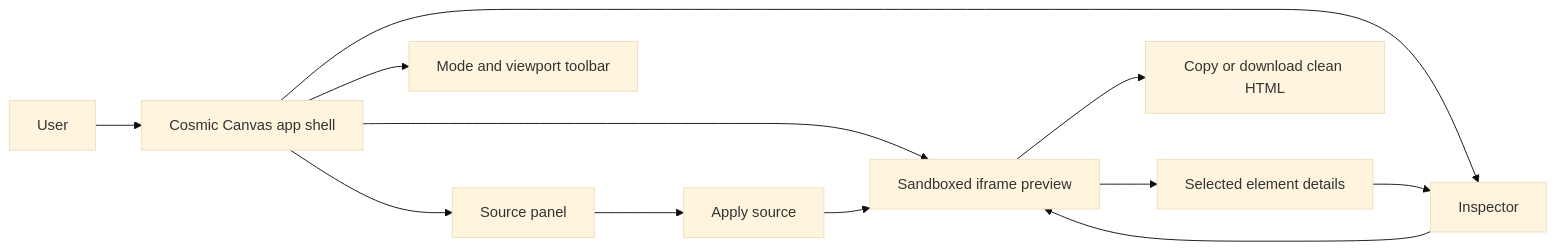
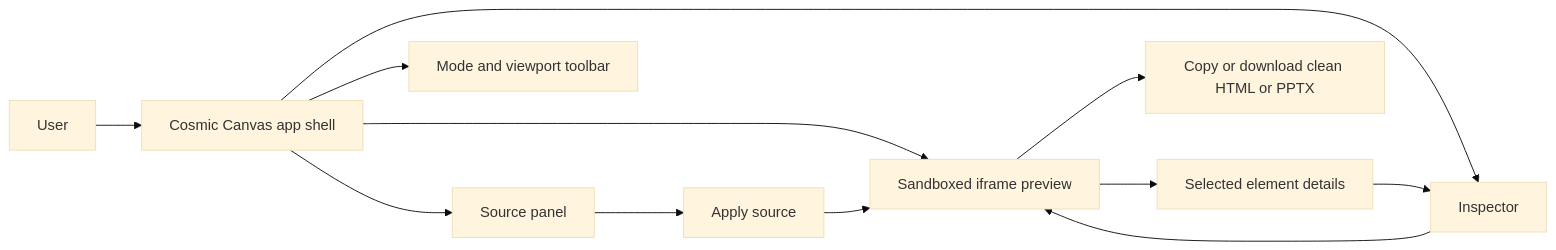
Before and after one commit to gustavorubim/cosmic-canvas: the first of 4 diagrams in README.md, drawn with Mermaid (base theme). The commit also changed other lines of this file and 17 other files, not shown here.

````diff
--- a/README.md
+++ b/README.md
@@ -62,14 +63,14 @@
 ```mermaid
 flowchart LR
   User["User"] --> Shell["Cosmic Canvas app shell"]
   Shell --> Source["Source panel"]
   Shell --> Inspector["Inspector"]
   Shell --> Toolbar["Mode and viewport toolbar"]
   Shell --> Preview["Sandboxed iframe preview"]
   Source --> Render["Apply source"]
   Render --> Preview
   Preview --> Selection["Selected element details"]
   Selection --> Inspector
   Inspector --> Preview
-  Preview --> Export["Copy or download clean HTML"]
+  Preview --> Export["Copy or download clean HTML or PPTX"]
 ```
````
